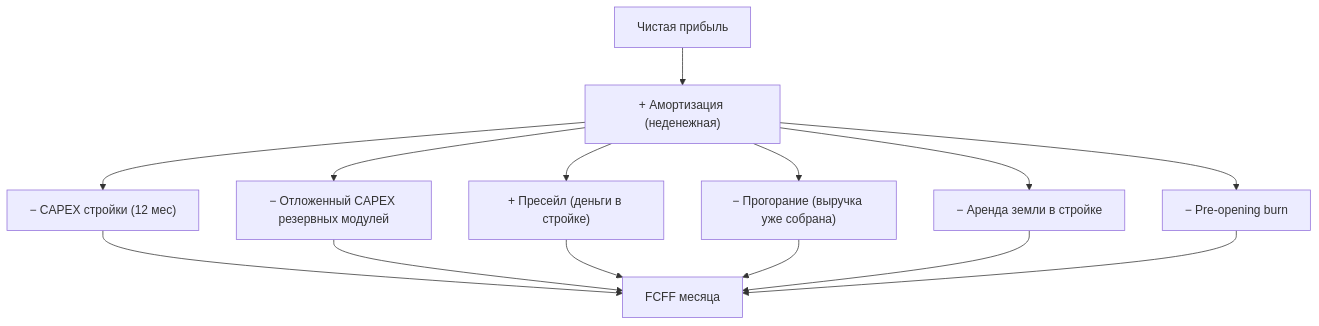
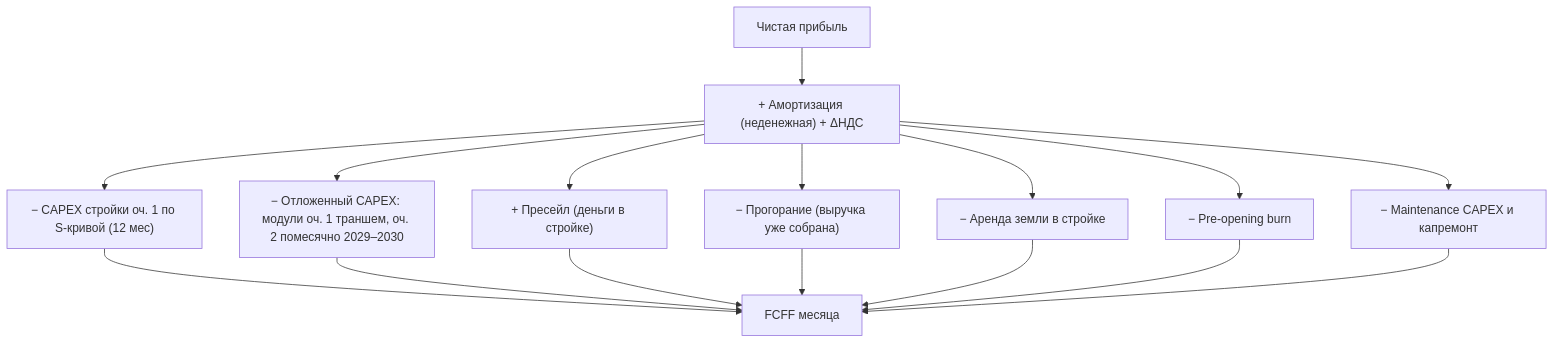
One commit to ampulex-23/aura-hills-finmodel changed the sixth of 6 diagrams in src/docs/model-guide.md. Above: the diagram before and after it, drawn with Mermaid. The commit also changed other lines of this file and 11 other files, not shown here.

````diff
--- a/src/docs/model-guide.md
+++ b/src/docs/model-guide.md
@@ -840,16 +1009,18 @@
 ```mermaid
 flowchart TD
-    NI["Чистая прибыль"] --> P["+ Амортизация (неденежная)"]
-    P --> C1["− CAPEX стройки (12 мес)"]
-    P --> C2["− Отложенный CAPEX резервных модулей"]
+    NI["Чистая прибыль"] --> P["+ Амортизация (неденежная) + ΔНДС"]
+    P --> C1["− CAPEX стройки оч. 1 по S-кривой (12 мес)"]
+    P --> C2["− Отложенный CAPEX: модули оч. 1 траншем, оч. 2 помесячно 2029–2030"]
     P --> S1["+ Пресейл (деньги в стройке)"]
     P --> S2["− Прогорание (выручка уже собрана)"]
     P --> L["− Аренда земли в стройке"]
     P --> O["− Pre-opening burn"]
+    P --> MT["− Maintenance CAPEX и капремонт"]
     C1 --> F["FCFF месяца"]
     C2 --> F
     S1 --> F
     S2 --> F
     L --> F
     O --> F
+    MT --> F
 ```
````
